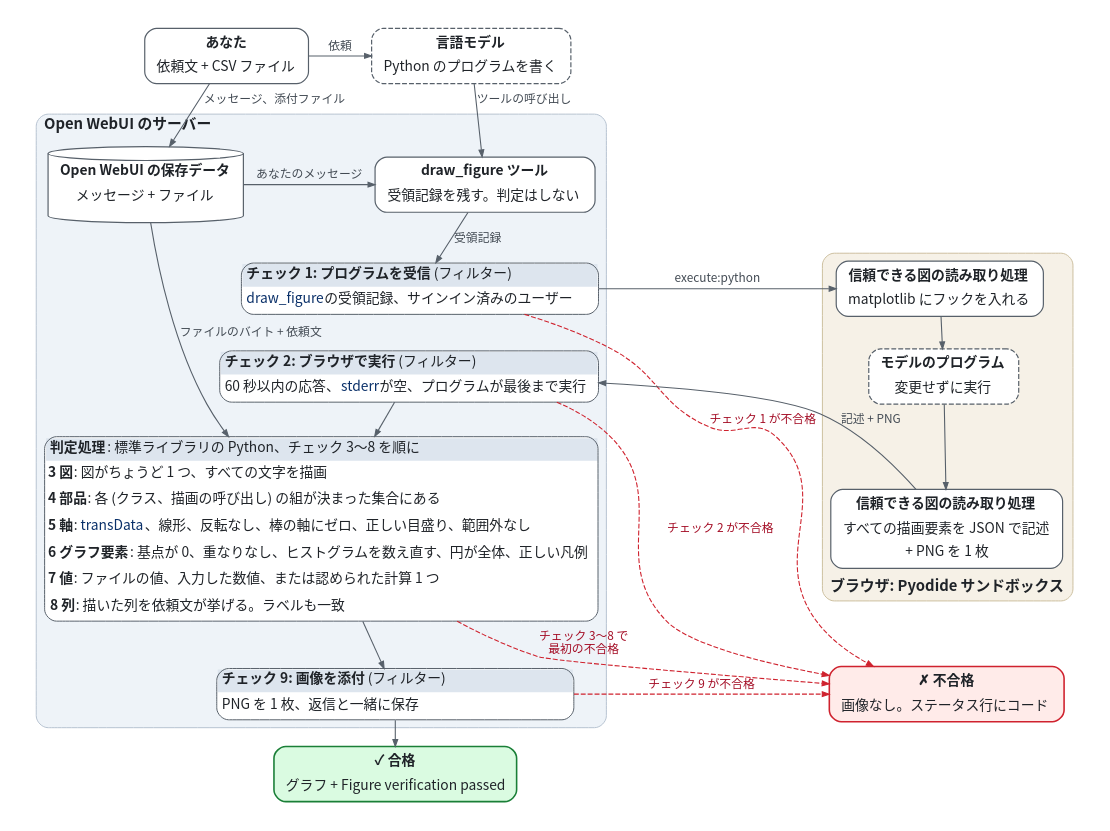
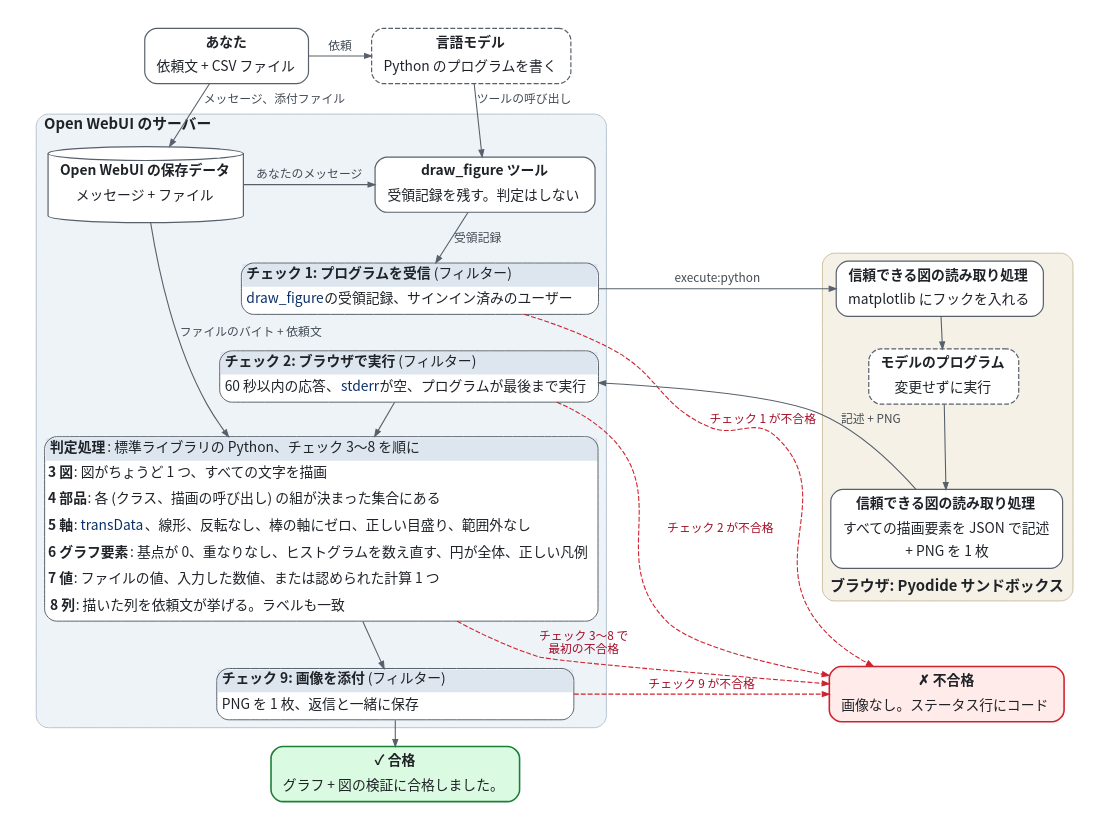
One commit to eturkes/figure-verification changed the diagram in docs/diagrams/verifier.ja.dot. Above: the diagram before and after it, drawn with Graphviz. The commit also changed 33 other files, not shown here.

```diff
--- a/docs/diagrams/verifier.ja.dot
+++ b/docs/diagrams/verifier.ja.dot
@@ -1,75 +1,75 @@
 // SPDX-License-Identifier: Apache-2.0 WITH LLVM-exception
 // 図の検証器が判定するしくみ: 処理の流れと、チェックごとの要約カード。tools/render_diagrams.py が
 // verifier.ja.svg に描画します。すべての規則は docs/checks.ja.md の表にあります。
 digraph verifier {
   graph [fontname="Noto Sans CJK JP", fontsize=15, fontcolor="#1f2328", bgcolor="white",
          pad=0.3, nodesep=0.35, ranksep=0.28, newrank=true, compound=true];
   node [fontname="Noto Sans CJK JP", fontsize=14, fontcolor="#1f2328", shape=box,
         style="rounded,filled", fillcolor="white", color="#57606a", penwidth=1.2,
         margin="0.15,0.06"];
   edge [fontname="Noto Sans CJK JP", fontsize=12, fontcolor="#424a53", color="#57606a",
         arrowsize=0.7, penwidth=1.1];
 
   you [label=<<table border="0" cellborder="0" cellspacing="0" cellpadding="1"><tr><td height="24"><b>あなた</b></td></tr><tr><td height="24">依頼文 + CSV ファイル</td></tr></table>>];
   model [label=<<table border="0" cellborder="0" cellspacing="0" cellpadding="1"><tr><td height="24"><b>言語モデル</b></td></tr><tr><td height="24">Python のプログラムを書く</td></tr></table>>, style="rounded,dashed"];
 
   subgraph cluster_server {
     label=<<b>Open WebUI のサーバー</b>>; labeljust=l; style="rounded,filled";
     fillcolor="#eef3f8"; color="#b6c3d1";
     storage [label=<<table border="0" cellborder="0" cellspacing="0" cellpadding="1"><tr><td height="24"><b>Open WebUI の保存データ</b></td></tr><tr><td height="24">メッセージ + ファイル</td></tr></table>>, shape=cylinder, style=filled];
     tool [label=<<table border="0" cellborder="0" cellspacing="0" cellpadding="1"><tr><td height="24"><b>draw_figure ツール</b></td></tr><tr><td height="24">受領記録を残す。判定はしない</td></tr></table>>];
     c1 [shape=plain, label=<<table border="1" cellborder="0" cellspacing="0" cellpadding="2" style="rounded" color="#57606a" bgcolor="white">
         <tr><td align="left" bgcolor="#dde5ee" cellpadding="4"><b>チェック 1: プログラムを受信</b> (フィルター)</td></tr>
         <tr><td align="left" width="360" height="27" cellpadding="4"><font color="#0a3069">draw_figure</font> の受領記録、サインイン済みのユーザー</td></tr></table>>];
     c2 [shape=plain, label=<<table border="1" cellborder="0" cellspacing="0" cellpadding="2" style="rounded" color="#57606a" bgcolor="white">
         <tr><td align="left" bgcolor="#dde5ee" cellpadding="4"><b>チェック 2: ブラウザで実行</b> (フィルター)</td></tr>
         <tr><td align="left" width="360" height="27" cellpadding="4">60 秒以内の応答、<font color="#0a3069">stderr</font> が空、プログラムが最後まで実行</td></tr></table>>];
 
     judge [shape=plain, label=<<table border="1" cellborder="0" cellspacing="0" cellpadding="2" style="rounded" color="#57606a" bgcolor="white">
         <tr><td align="left" bgcolor="#dde5ee" cellpadding="4"><b>判定処理</b>: 標準ライブラリの Python、チェック 3〜8 を順に</td></tr>
         <tr><td align="left" height="27"><b>3 図</b>: 図がちょうど 1 つ、すべての文字を描画</td></tr>
         <tr><td align="left" height="27"><b>4 部品</b>: 各 (クラス、描画の呼び出し) の組が決まった集合にある</td></tr>
         <tr><td align="left" height="27"><b>5 軸</b>: <font color="#0a3069">transData</font>、線形、反転なし、棒の軸にゼロ、正しい目盛り、範囲外なし</td></tr>
         <tr><td align="left" height="27"><b>6 グラフ要素</b>: 基点が 0、重なりなし、ヒストグラムを数え直す、円が全体、正しい凡例</td></tr>
         <tr><td align="left" height="27"><b>7 値</b>: ファイルの値、入力した数値、または認められた計算 1 つ</td></tr>
         <tr><td align="left" height="27" cellpadding="4"><b>8 列</b>: 描いた列を依頼文が挙げる。ラベルも一致</td></tr></table>>];
 
     c9 [shape=plain, label=<<table border="1" cellborder="0" cellspacing="0" cellpadding="2" style="rounded" color="#57606a" bgcolor="white">
         <tr><td align="left" bgcolor="#dde5ee" cellpadding="4"><b>チェック 9: 画像を添付</b> (フィルター)</td></tr>
         <tr><td align="left" width="360" height="27" cellpadding="4">PNG を 1 枚、返信と一緒に保存</td></tr></table>>];
   }
 
   subgraph cluster_browser {
     label=<<b>ブラウザ: Pyodide サンドボックス</b>>; labeljust=l; labelloc=b; style="rounded,filled";
     fillcolor="#f6f1e7"; color="#cdbf9f";
     hook [label=<<table border="0" cellborder="0" cellspacing="0" cellpadding="1"><tr><td height="24"><b>信頼できる図の読み取り処理</b></td></tr><tr><td height="24">matplotlib にフックを入れる</td></tr></table>>];
     program [label=<<table border="0" cellborder="0" cellspacing="0" cellpadding="1"><tr><td height="24"><b>モデルのプログラム</b></td></tr><tr><td height="24">変更せずに実行</td></tr></table>>, style="rounded,dashed,filled"];
     describe [label=<<table border="0" cellborder="0" cellspacing="0" cellpadding="1"><tr><td height="24"><b>信頼できる図の読み取り処理</b></td></tr><tr><td height="24">すべての描画要素を JSON で記述</td></tr><tr><td height="24">+ PNG を 1 枚</td></tr></table>>];
   }
 
-  pass [label=<<table border="0" cellborder="0" cellspacing="0" cellpadding="1"><tr><td height="24"><b>✓ 合格</b></td></tr><tr><td height="24">グラフ + Figure verification passed</td></tr></table>>, color="#1a7f37", fillcolor="#dafbe1", penwidth=1.6];
+  pass [label=<<table border="0" cellborder="0" cellspacing="0" cellpadding="1"><tr><td height="24"><b>✓ 合格</b></td></tr><tr><td height="24">グラフ + 図の検証に合格しました。</td></tr></table>>, color="#1a7f37", fillcolor="#dafbe1", penwidth=1.6];
   fail [label=<<table border="0" cellborder="0" cellspacing="0" cellpadding="1"><tr><td height="24"><b>✗ 不合格</b></td></tr><tr><td height="24">画像なし。ステータス行にコード</td></tr></table>>, color="#cf222e", fillcolor="#ffebe9", penwidth=1.6];
 
   { rank=same; you; model; }
   { rank=same; storage; tool; }
   { rank=same; c1; hook; }
   { rank=same; c9; fail; }
 
   you -> model [label="依頼"];
   you -> storage [label="メッセージ、添付ファイル"];
   model -> tool [label="ツールの呼び出し"];
   storage -> tool [label="あなたのメッセージ"];
   tool -> c1 [label="受領記録"];
   c1 -> hook [label="execute:python"];
   hook -> program -> describe;
   describe -> c2 [label="記述 + PNG", constraint=false];
   c1 -> c2 [style=invis];
   describe -> fail [style=invis, weight=8];
   c2 -> judge -> c9 -> pass;
   storage -> judge [label="ファイルのバイト + 依頼文"];
   edge [color="#cf222e", fontcolor="#a40e26", style=dashed];
   c1 -> fail [label="チェック 1 が不合格"];
   c2 -> fail [label="チェック 2 が不合格"];
   judge -> fail [label="チェック 3〜8 で\n最初の不合格"];
   c9 -> fail [label="チェック 9 が不合格"];
 }
```
